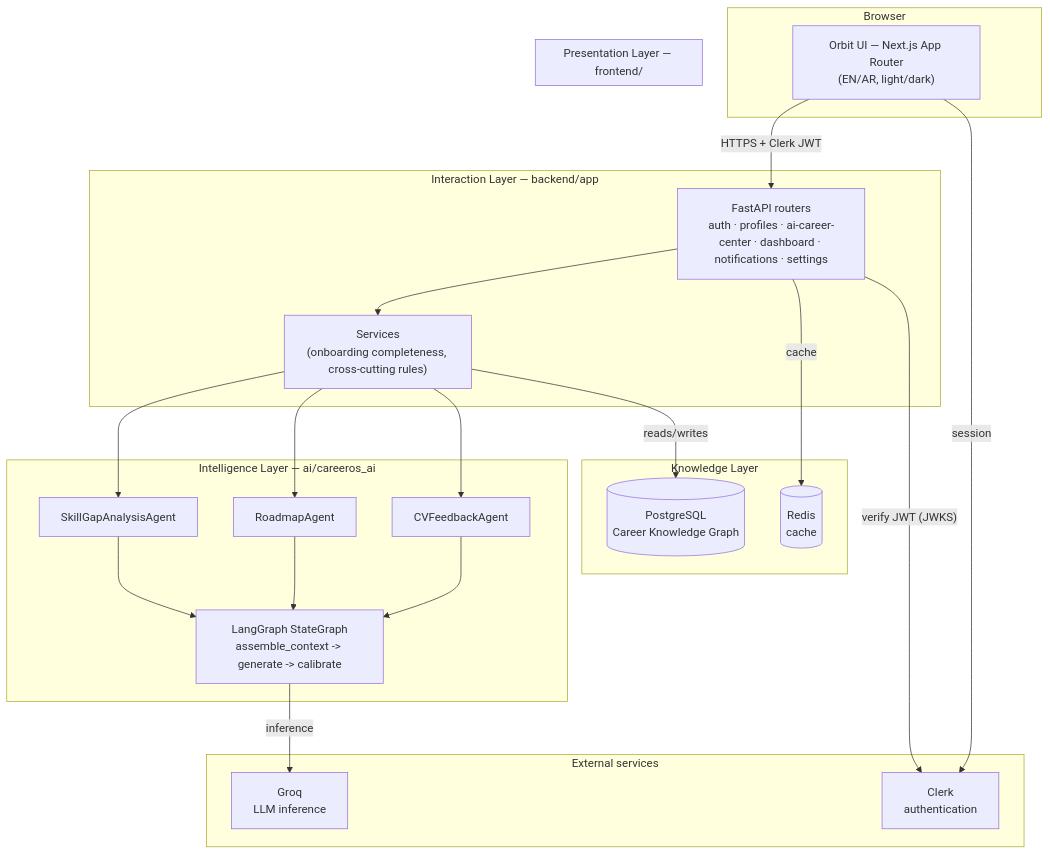
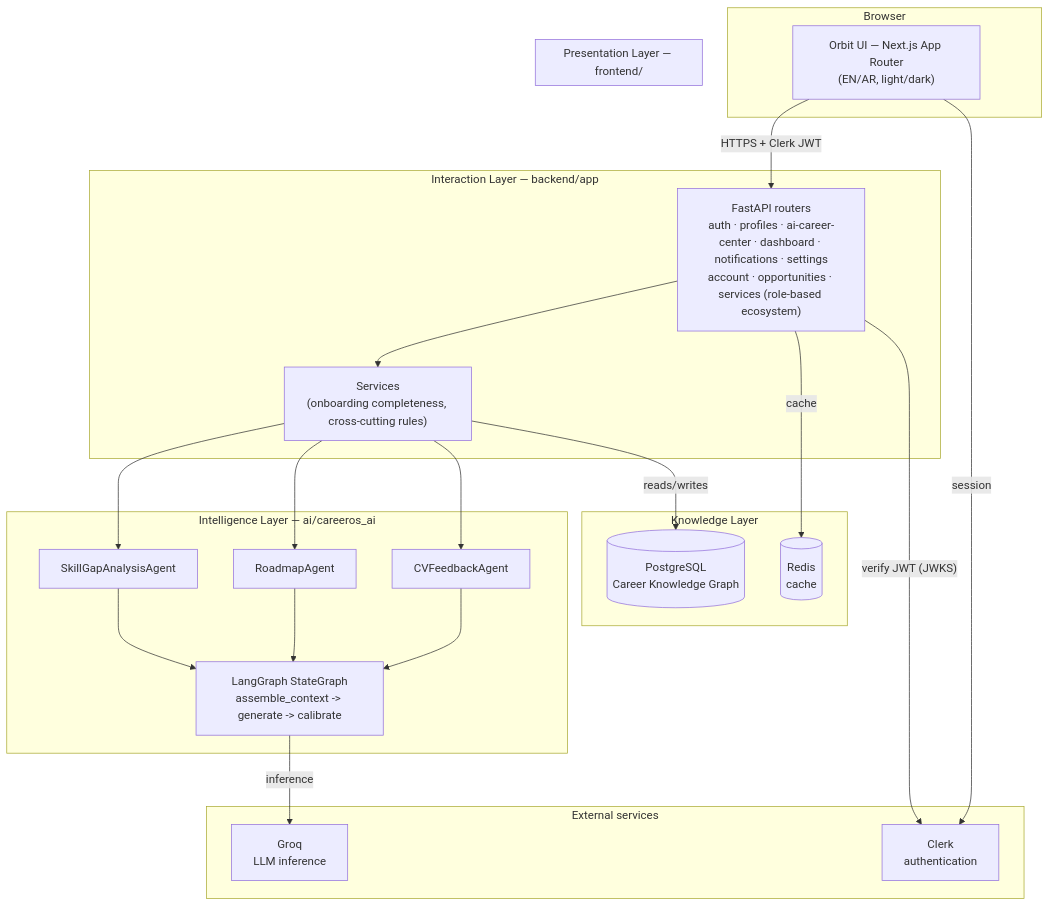
One commit to Elda98/careeros changed the third of 4 diagrams in README.md. Above: the diagram before and after it, drawn with Mermaid. The commit also changed other lines of this file and 3 other files, not shown here.

First line of the commit message:
Milestone 8: documentation + final SDAIA audit for the role-based ecosystem

````diff
--- a/README.md
+++ b/README.md
@@ -179,46 +212,46 @@
 ```mermaid
 flowchart TB
     subgraph Client["Browser"]
         UI["Orbit UI — Next.js App Router\n(EN/AR, light/dark)"]
     end
 
     subgraph Presentation["Presentation Layer — frontend/"]
         UI
     end
 
     subgraph Interaction["Interaction Layer — backend/app"]
-        API["FastAPI routers\nauth · profiles · ai-career-center · dashboard · notifications · settings"]
+        API["FastAPI routers\nauth · profiles · ai-career-center · dashboard · notifications · settings\naccount · opportunities · services (role-based ecosystem)"]
         SVC["Services\n(onboarding completeness, cross-cutting rules)"]
     end
 
     subgraph Intelligence["Intelligence Layer — ai/careeros_ai"]
         SGA["SkillGapAnalysisAgent"]
         RM["RoadmapAgent"]
         CVF["CVFeedbackAgent"]
         LG["LangGraph StateGraph\nassemble_context -> generate -> calibrate"]
     end
 
     subgraph Knowledge["Knowledge Layer"]
         PG[("PostgreSQL\nCareer Knowledge Graph")]
         RD[("Redis\ncache")]
     end
 
     subgraph External["External services"]
         CLERK["Clerk\nauthentication"]
         GROQ["Groq\nLLM inference"]
     end
 
     UI -- "HTTPS + Clerk JWT" --> API
     API --> SVC
     SVC --> SGA
     SVC --> RM
     SVC --> CVF
     SGA --> LG
     RM --> LG
     CVF --> LG
     LG -- "inference" --> GROQ
     SVC -- "reads/writes" --> PG
     API -- "cache" --> RD
     UI -- "session" --> CLERK
     API -- "verify JWT (JWKS)" --> CLERK
 ```
````
